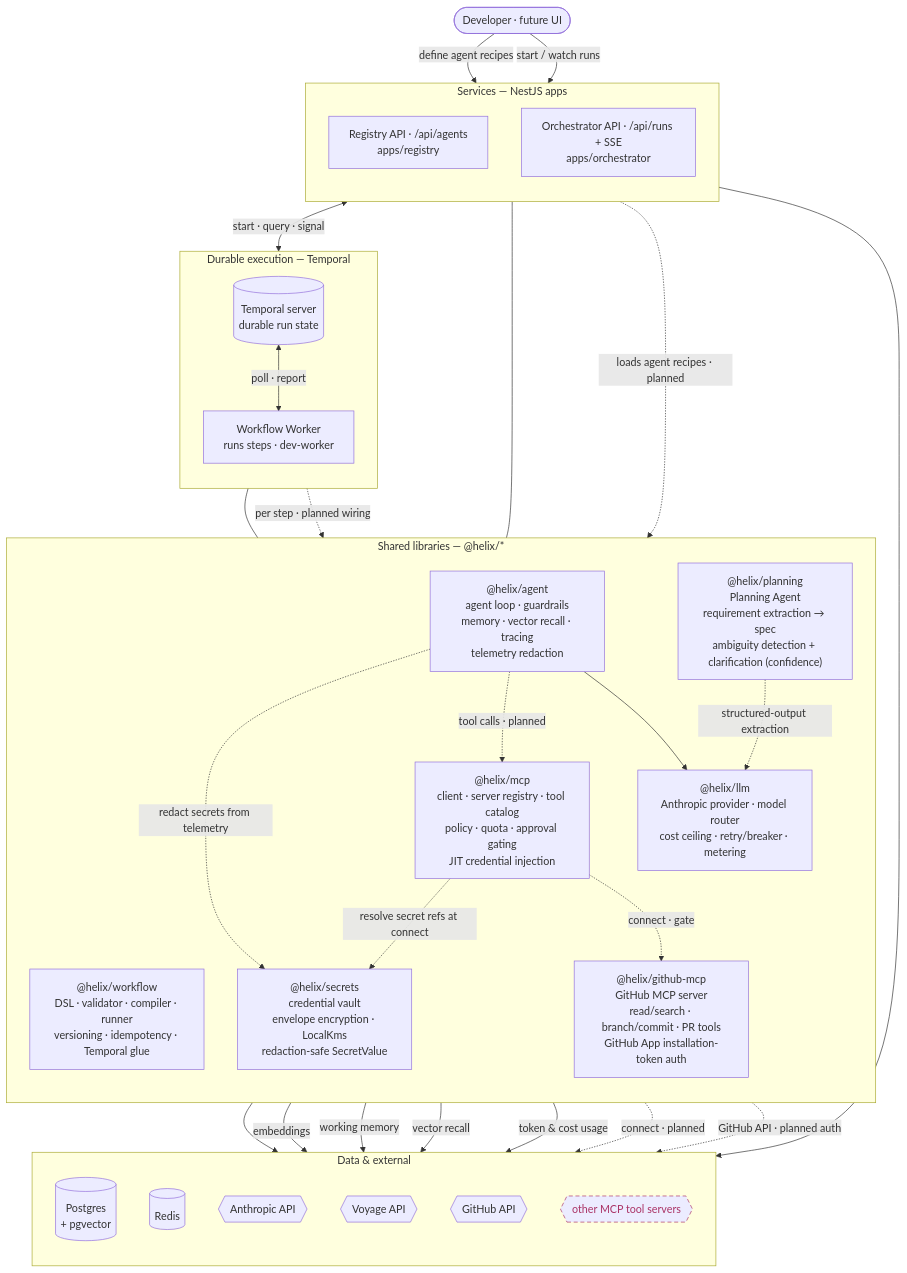
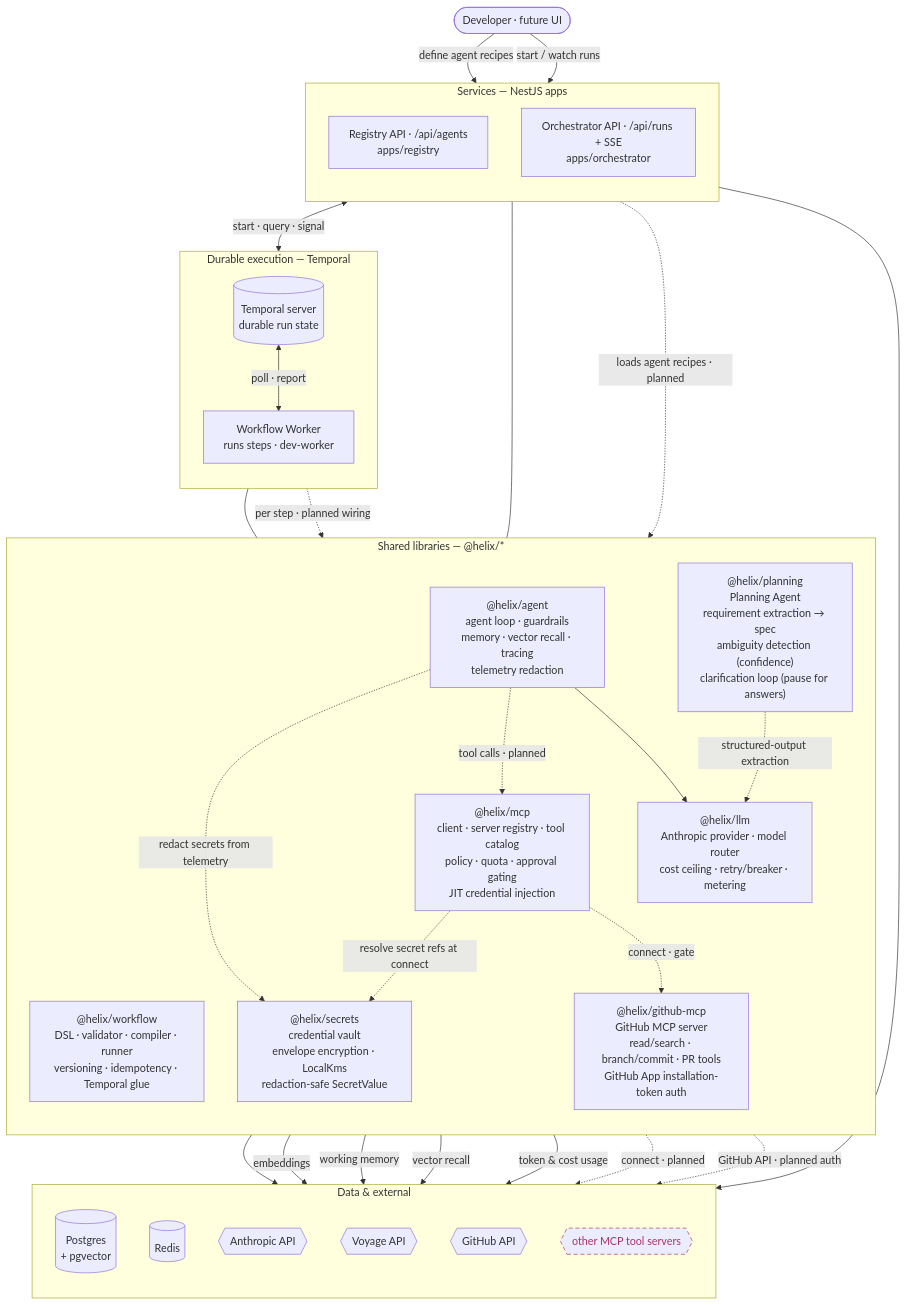
Before and after one commit to shhashhank/helix: the first of 2 diagrams in docs/ARCHITECTURE.md, drawn with Mermaid. The commit also changed 4 other files, not shown here.

First line of the commit message:
HELIX-95: clarification loop integration (#56)

````diff
--- a/docs/ARCHITECTURE.md
+++ b/docs/ARCHITECTURE.md
@@ -16,63 +16,63 @@
 ```mermaid
 flowchart TB
   user([Developer · future UI])
 
   subgraph svc["Services — NestJS apps"]
     direction TB
     reg["Registry API · /api/agents<br/>apps/registry"]
     orc["Orchestrator API · /api/runs + SSE<br/>apps/orchestrator"]
   end
 
   subgraph dur["Durable execution — Temporal"]
     direction TB
     tmp[("Temporal server<br/>durable run state")]
     wkr["Workflow Worker<br/>runs steps · dev-worker"]
   end
 
   subgraph lib["Shared libraries — @helix/*"]
     direction TB
     wf["@helix/workflow<br/>DSL · validator · compiler · runner<br/>versioning · idempotency · Temporal glue"]
     ag["@helix/agent<br/>agent loop · guardrails<br/>memory · vector recall · tracing<br/>telemetry redaction"]
     lm["@helix/llm<br/>Anthropic provider · model router<br/>cost ceiling · retry/breaker · metering"]
     mc["@helix/mcp<br/>client · server registry · tool catalog<br/>policy · quota · approval gating<br/>JIT credential injection"]
     gh["@helix/github-mcp<br/>GitHub MCP server<br/>read/search · branch/commit · PR tools<br/>GitHub App installation-token auth"]
     sec["@helix/secrets<br/>credential vault<br/>envelope encryption · LocalKms<br/>redaction-safe SecretValue"]
-    pl["@helix/planning<br/>Planning Agent<br/>requirement extraction → spec<br/>ambiguity detection + clarification (confidence)"]
+    pl["@helix/planning<br/>Planning Agent<br/>requirement extraction → spec<br/>ambiguity detection (confidence)<br/>clarification loop (pause for answers)"]
   end
 
   subgraph dat["Data & external"]
     direction TB
     pg[("Postgres<br/>+ pgvector")]
     rd[("Redis")]
     an{{Anthropic API}}
     vo{{Voyage API}}
     gha{{GitHub API}}
     ext{{other MCP tool servers}}
   end
 
   user -->|define agent recipes| reg
   user -->|start / watch runs| orc
   reg --> pg
   orc <-->|start · query · signal| tmp
   tmp <-->|poll · report| wkr
   wkr --- wf
   orc --- wf
   wkr -.->|per step · planned wiring| ag
   reg -.->|loads agent recipes · planned| ag
   ag --> lm
   ag -.->|tool calls · planned| mc
   lm --> an
   ag -->|embeddings| vo
   ag -->|working memory| rd
   ag -->|vector recall| pg
   lm -->|token & cost usage| pg
   mc -.->|connect · gate| gh
   mc -.->|connect · planned| ext
   mc -.->|resolve secret refs at connect| sec
   ag -.->|redact secrets from telemetry| sec
   pl -.->|structured-output extraction| lm
   gh -.->|GitHub API · planned auth| gha
 
   classDef planned stroke-dasharray:6 4,stroke:#a36,color:#a36;
   class ext planned;
 ```
````
